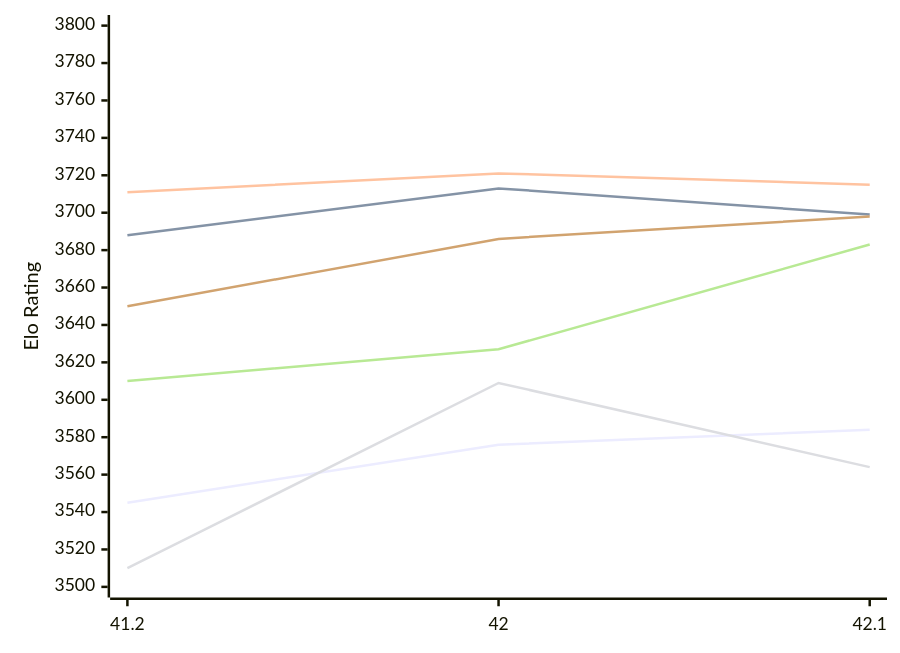
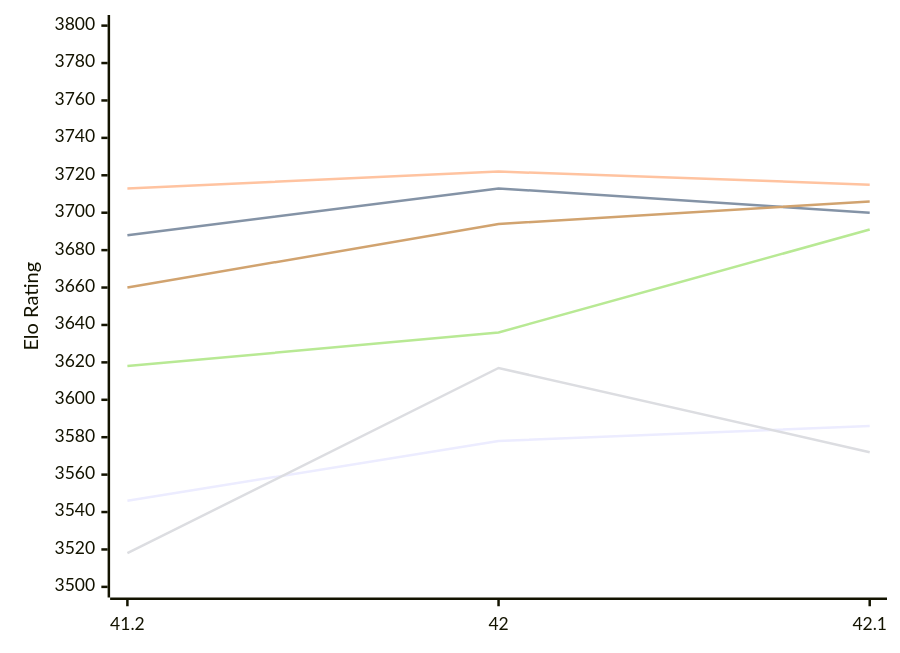
The first of 2 diagrams in engines/Shashchess.md (computer-chess-index/cci), drawn with Mermaid before and after one commit. The commit also changed other lines of this file, not shown here.

Commit message:
Update CCI Ratings (ELO VLTC) - 2026-11-25

````diff
--- a/engines/Shashchess.md
+++ b/engines/Shashchess.md
@@ -52,12 +52,12 @@
 ```mermaid
 %%{init: {"theme":"base","themeVariables":{"seriesColors:['#a3a3a3','#222221','#faa371']}}}%%
 xychart-beta
   x-axis ["41.2", "42", "42.1"]
   y-axis "Elo Rating" 3500 --> 3800
-  line "E1: STC (8.0+0.08s)" [3545, 3576, 3584]
-  line "E1: LTC (60.0+0.60s)" [3688, 3713, 3699]
-  line "E1: VLTC (2m24s+1.12s)" [3711, 3721, 3715]
-  line "P1: STC (8.0+0.08s)" [3510, 3609, 3564]
-  line "P1: LTC (60.0+0.60s)" [3610, 3627, 3683]
-  line "P1: VLTC (2m24s+1.12s)" [3650, 3686, 3698]
+  line "E1: STC (8.0+0.08s)" [3546, 3578, 3586]
+  line "E1: LTC (60.0+0.60s)" [3688, 3713, 3700]
+  line "E1: VLTC (2m24s+1.12s)" [3713, 3722, 3715]
+  line "P1: STC (8.0+0.08s)" [3518, 3617, 3572]
+  line "P1: LTC (60.0+0.60s)" [3618, 3636, 3691]
+  line "P1: VLTC (2m24s+1.12s)" [3660, 3694, 3706]
 ```
````
